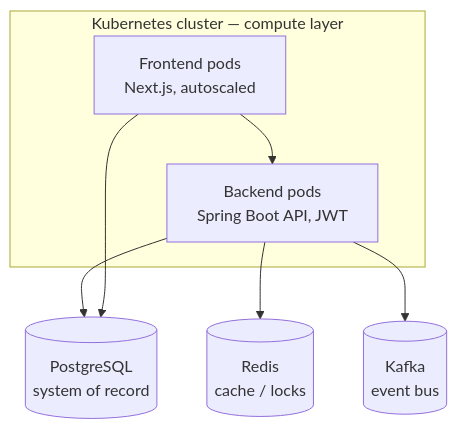
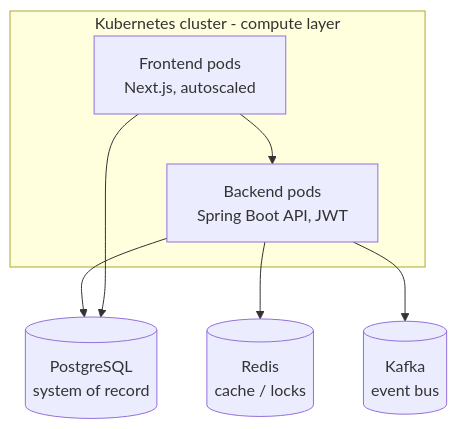
The second of 4 diagrams in Doc/ROADMAP.md (majordevbhargav/Endpoint-Posture-Java), drawn with Mermaid before and after one commit. The commit also changed other lines of this file and 2 other files, not shown here.

````diff
--- a/Doc/ROADMAP.md
+++ b/Doc/ROADMAP.md
@@ -89,12 +89,12 @@
 ```mermaid
 flowchart TB
-    subgraph K8S["Kubernetes cluster — compute layer"]
+    subgraph K8S["Kubernetes cluster - compute layer"]
         FE["Frontend pods<br/>Next.js, autoscaled"]
         BE["Backend pods<br/>Spring Boot API, JWT"]
         FE --> BE
     end
     BE --> PG[("PostgreSQL<br/>system of record")]
     BE --> RD[("Redis<br/>cache / locks")]
     BE --> KF[("Kafka<br/>event bus")]
     FE --> PG
 ```
````
